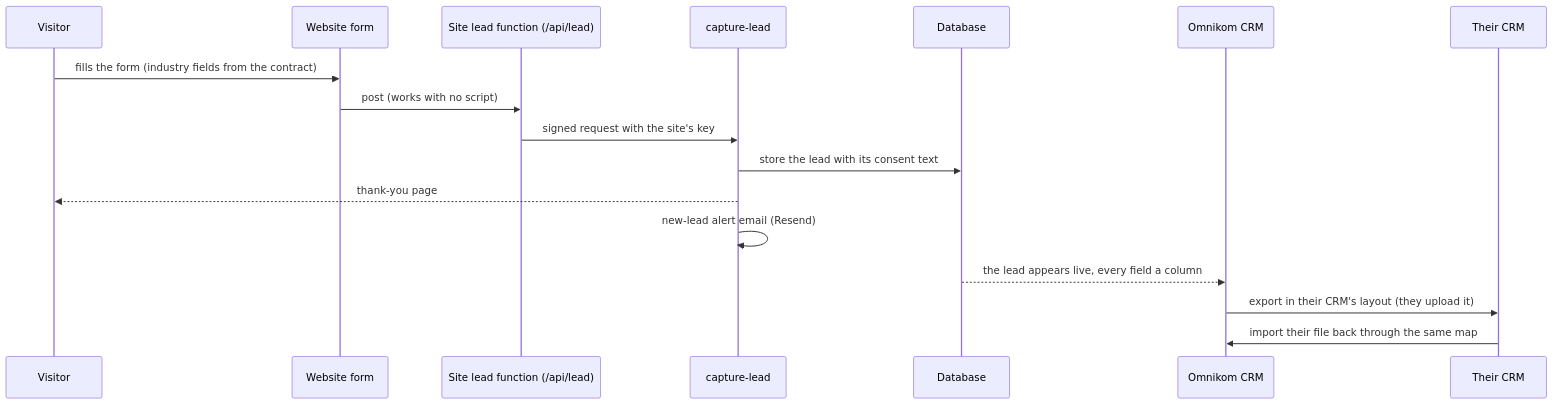
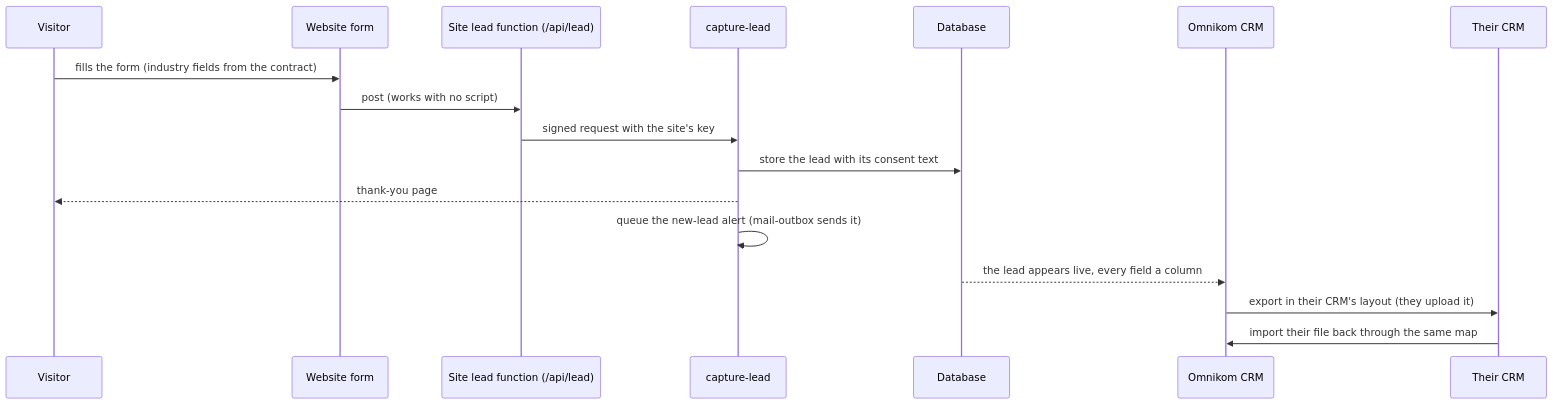
Before and after one commit to Omnikom-platform/omnikom-platform: the first of 2 diagrams in docs/product/5-crm.md, drawn with Mermaid. The commit also changed other lines of this file and 21 other files, not shown here.

First line of the commit message:
Row E4: the new-lead alert leaves the form's request: capture-lead queues it, a worker sends it (migration 29)

````diff
--- a/docs/product/5-crm.md
+++ b/docs/product/5-crm.md
@@ -13,19 +13,19 @@
 ```mermaid
 sequenceDiagram
   participant V as Visitor
   participant S as Website form
   participant F as Site lead function (/api/lead)
   participant E as capture-lead
   participant D as Database
   participant C as Omnikom CRM
   participant X as Their CRM
   V->>S: fills the form (industry fields from the contract)
   S->>F: post (works with no script)
   F->>E: signed request with the site's key
   E->>D: store the lead with its consent text
   E-->>V: thank-you page
-  E->>E: new-lead alert email (Resend)
+  E->>E: queue the new-lead alert (mail-outbox sends it)
   D-->>C: the lead appears live, every field a column
   C->>X: export in their CRM's layout (they upload it)
   X->>C: import their file back through the same map
 ```
````
